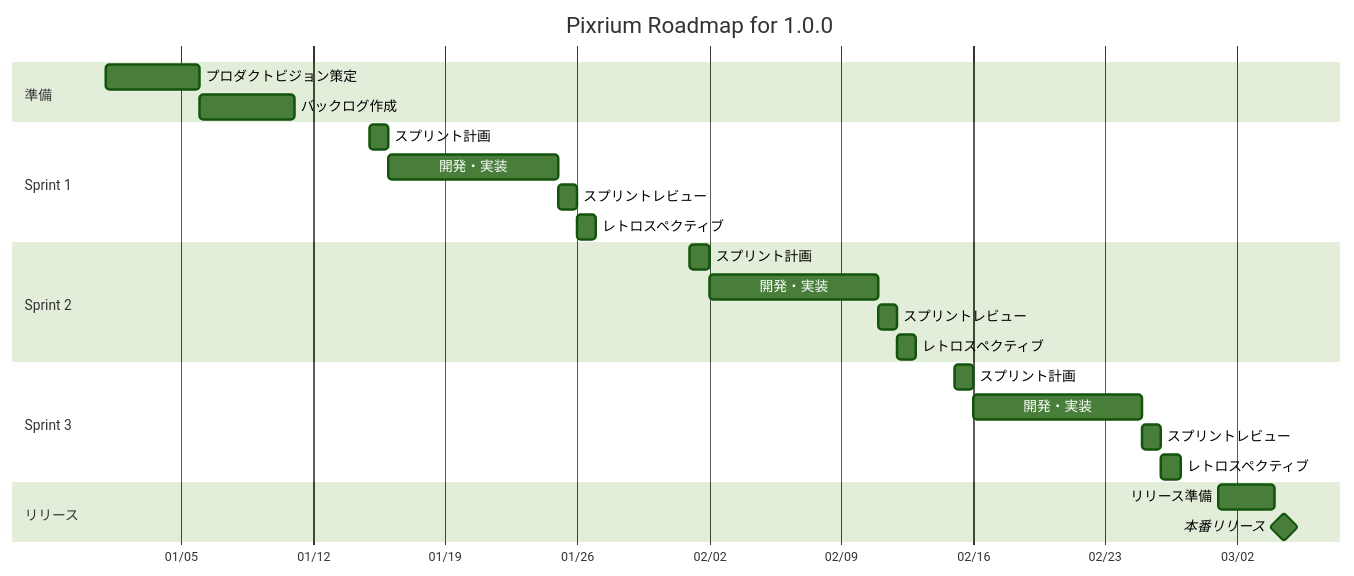
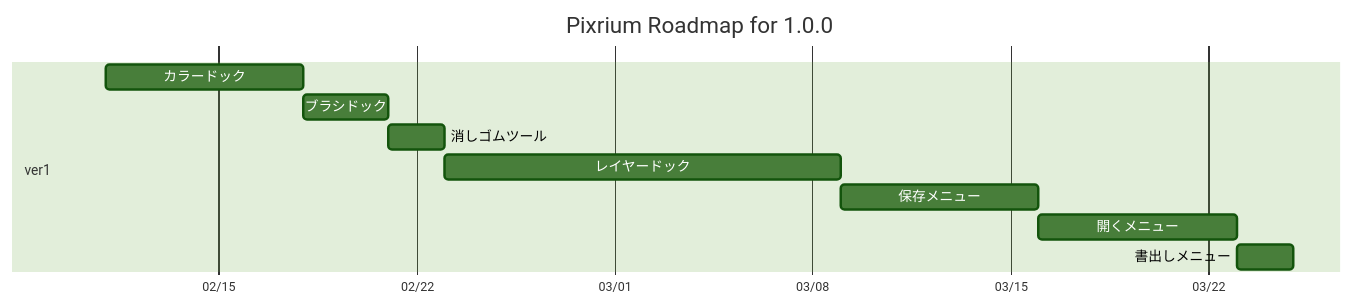
The diagram in doc/roadmap.md (nak5655/pixrium), drawn with Mermaid (forest theme) before and after one commit. The commit also changed 10 other files, not shown here.

````diff
--- a/doc/roadmap.md
+++ b/doc/roadmap.md
@@ -1,32 +1,15 @@
 ```mermaid
 gantt
     title Pixrium Roadmap for 1.0.0
-    dateFormat  YYYY-MM-DD
-    axisFormat  %m/%d
+    dateFormat YYYY-MM-DD
+    axisFormat %m/%d
 
-    section 準備
-        プロダクトビジョン策定      :a1, 2025-01-01, 5d
-        バックログ作成              :a2, after a1, 5d
-
-    section Sprint 1
-        スプリント計画              :s1p, 2025-01-15, 1d
-        開発・実装                  :s1d, after s1p, 9d
-        スプリントレビュー          :s1r, after s1d, 1d
-        レトロスペクティブ          :s1t, after s1r, 1d
-
-    section Sprint 2
-        スプリント計画              :s2p, 2025-02-01, 1d
-        開発・実装                  :s2d, after s2p, 9d
-        スプリントレビュー          :s2r, after s2d, 1d
-        レトロスペクティブ          :s2t, after s2r, 1d
-
-    section Sprint 3
-        スプリント計画              :s3p, 2025-02-15, 1d
-        開発・実装                  :s3d, after s3p, 9d
-        スプリントレビュー          :s3r, after s3d, 1d
-        レトロスペクティブ          :s3t, after s3r, 1d
-
-    section リリース
-        リリース準備                :rel1, 2025-03-01, 3d
-        本番リリース                :milestone, rel2, after rel1, 1d
+    section ver1
+        カラードック: v1a, 2026-02-11, 7d
+        ブラシドック: v1g, after v1a, 3d
+        消しゴムツール: v1c, after v1g, 2d
+        レイヤードック: v1b, after v1c, 14d
+        保存メニュー: v1d, after v1b, 7d
+        開くメニュー: v1e, after v1d, 7d
+        書出しメニュー: v1f, after v1e, 2d
 ```
````
